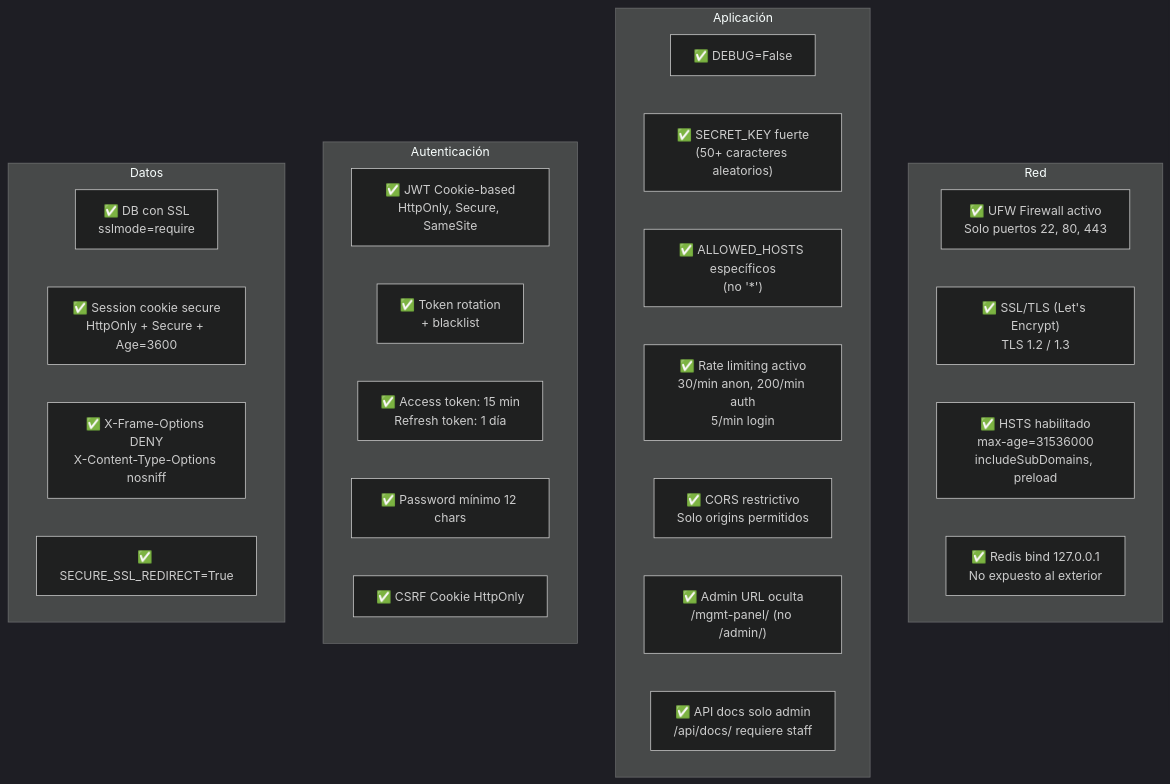
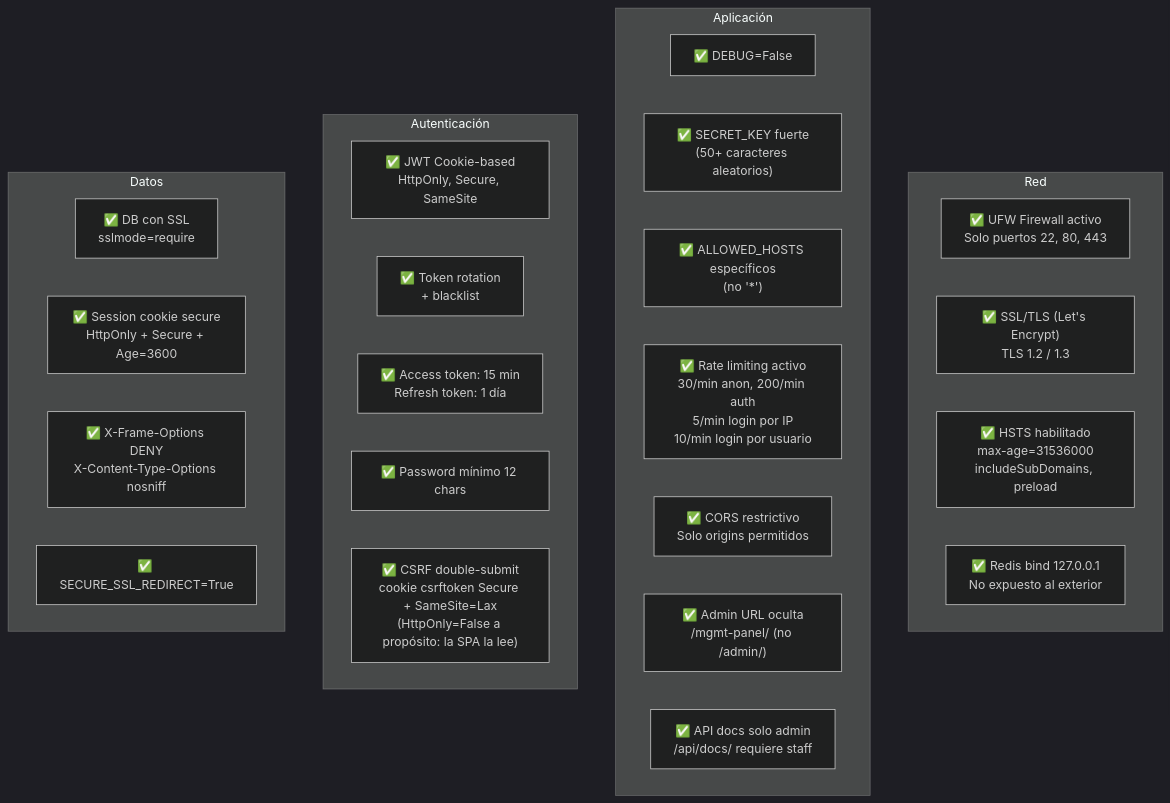
Before and after one commit to pccpegit/SYSPCCLOG: the eighth of 10 diagrams in docs/05_Guia_Despliegue_y_Produccion.md, drawn with Mermaid (dark theme). The commit also changed other lines of this file and 42 other files, not shown here.

````diff
--- a/docs/05_Guia_Despliegue_y_Produccion.md
+++ b/docs/05_Guia_Despliegue_y_Produccion.md
@@ -969,34 +1036,34 @@
 ```mermaid
 graph TB
     subgraph "Red"
         S1["✅ UFW Firewall activo<br/>Solo puertos 22, 80, 443"]
         S2["✅ SSL/TLS (Let's Encrypt)<br/>TLS 1.2 / 1.3"]
         S3["✅ HSTS habilitado<br/>max-age=31536000<br/>includeSubDomains, preload"]
         S4["✅ Redis bind 127.0.0.1<br/>No expuesto al exterior"]
     end
 
     subgraph "Aplicación"
         S5["✅ DEBUG=False"]
         S6["✅ SECRET_KEY fuerte<br/>(50+ caracteres aleatorios)"]
         S7["✅ ALLOWED_HOSTS específicos<br/>(no '*')"]
-        S8["✅ Rate limiting activo<br/>30/min anon, 200/min auth<br/>5/min login"]
+        S8["✅ Rate limiting activo<br/>30/min anon, 200/min auth<br/>5/min login por IP<br/>10/min login por usuario"]
         S9["✅ CORS restrictivo<br/>Solo origins permitidos"]
         S10["✅ Admin URL oculta<br/>/mgmt-panel/ (no /admin/)"]
         S11["✅ API docs solo admin<br/>/api/docs/ requiere staff"]
     end
 
     subgraph "Autenticación"
         S12["✅ JWT Cookie-based<br/>HttpOnly, Secure, SameSite"]
         S13["✅ Token rotation<br/>+ blacklist"]
         S14["✅ Access token: 15 min<br/>Refresh token: 1 día"]
         S15["✅ Password mínimo 12 chars"]
-        S16["✅ CSRF Cookie HttpOnly"]
+        S16["✅ CSRF double-submit<br/>cookie csrftoken Secure + SameSite=Lax<br/>(HttpOnly=False a propósito: la SPA la lee)"]
     end
 
     subgraph "Datos"
         S17["✅ DB con SSL<br/>sslmode=require"]
         S18["✅ Session cookie secure<br/>HttpOnly + Secure + Age=3600"]
         S19["✅ X-Frame-Options DENY<br/>X-Content-Type-Options nosniff"]
         S20["✅ SECURE_SSL_REDIRECT=True"]
     end
 ```
````
